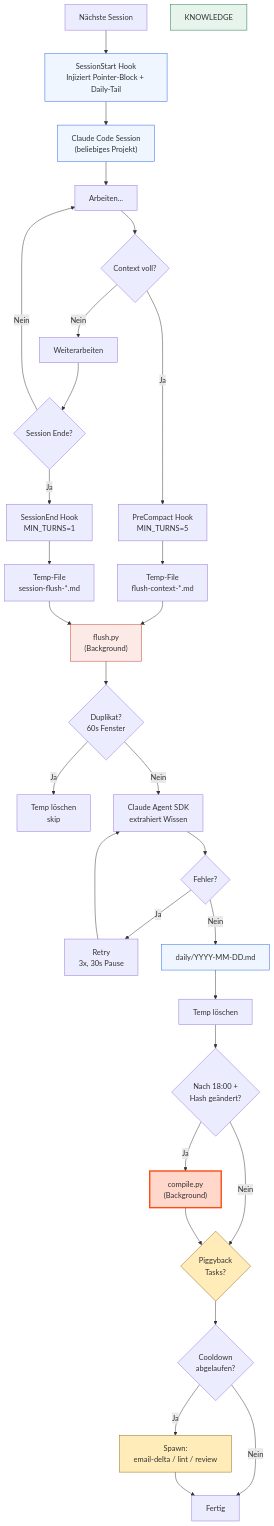
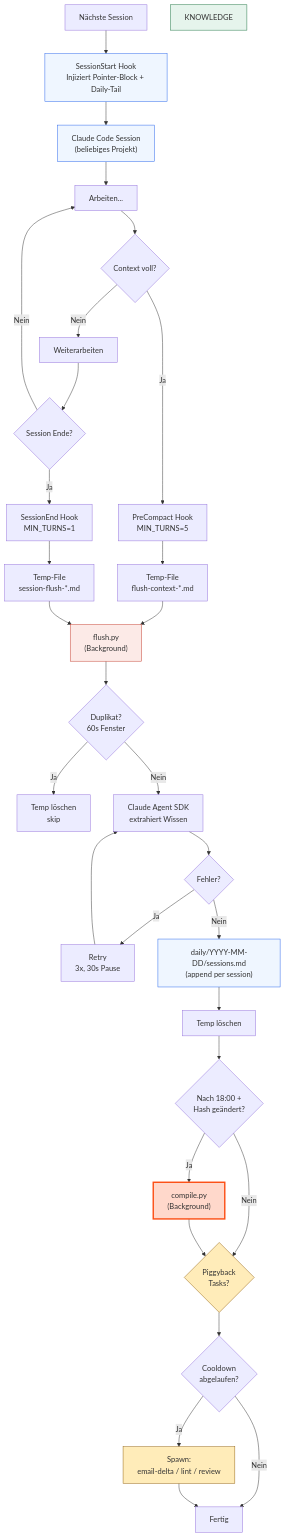
Before and after one commit to lx-0/llm-wiki: the second of 10 diagrams in docs/PROCESS.md, drawn with Mermaid. The commit also changed other lines of this file and 14 other files, not shown here.

First line of the commit message:
docs: full surface sweep for daily/-as-rollup architecture

````diff
--- a/docs/PROCESS.md
+++ b/docs/PROCESS.md
@@ -135,47 +135,47 @@
 ```mermaid
 flowchart TD
     SESSION["Claude Code Session\n(beliebiges Projekt)"]
     SESSION --> WORK["Arbeiten..."]
     WORK --> COMPACT{"Context voll?"}
     COMPACT -->|Ja| PRE["PreCompact Hook\nMIN_TURNS=5"]
     COMPACT -->|Nein| CONTINUE["Weiterarbeiten"]
     CONTINUE --> END{"Session Ende?"}
     END -->|Nein| WORK
     END -->|Ja| HOOK["SessionEnd Hook\nMIN_TURNS=1"]
 
     PRE --> TEMP["Temp-File\nflush-context-*.md"]
     HOOK --> TEMP2["Temp-File\nsession-flush-*.md"]
 
     TEMP --> FLUSH["flush.py\n(Background)"]
     TEMP2 --> FLUSH
 
     FLUSH --> DEDUP{"Duplikat?\n60s Fenster"}
     DEDUP -->|Ja| DEL1["Temp löschen\nskip"]
     DEDUP -->|Nein| EXTRACT["Claude Agent SDK\nextrahiert Wissen"]
     EXTRACT --> FAIL{"Fehler?"}
     FAIL -->|Ja| RETRY["Retry\n3x, 30s Pause"]
     RETRY --> EXTRACT
-    FAIL -->|Nein| DAILY["daily/YYYY-MM-DD.md"]
+    FAIL -->|Nein| DAILY["daily/YYYY-MM-DD/sessions.md\n(append per session)"]
     DAILY --> DELTEMP["Temp löschen"]
     DELTEMP --> CLOCK{"Nach 18:00 +\nHash geändert?"}
     CLOCK -->|Ja| COMPILE["compile.py\n(Background)"]
     CLOCK -->|Nein| PIGGY
 
     COMPILE --> PIGGY{"Piggyback\nTasks?"}
     PIGGY --> PB_CHECK{"Cooldown\nabgelaufen?"}
     PB_CHECK -->|Ja| PB_SPAWN["Spawn:\nemail-delta / lint / review"]
     PB_CHECK -->|Nein| DONE["Fertig"]
     PB_SPAWN --> DONE
 
     NEXT["Nächste Session"] --> INJECT["SessionStart Hook\nInjiziert Pointer-Block + Daily-Tail"]
     INJECT --> SESSION
 
     style SESSION fill:#EFF6FF,stroke:#2563EB
     style FLUSH fill:#FCEAE7,stroke:#C43D2E
     style DAILY fill:#EFF6FF,stroke:#2563EB
     style COMPILE fill:#FFD8CB,stroke:#FC4E14,stroke-width:3px
     style KNOWLEDGE fill:#E6F4EC,stroke:#1B7340
     style INJECT fill:#EFF6FF,stroke:#2563EB
     style PIGGY fill:#FFECB9,stroke:#92610F
     style PB_SPAWN fill:#FFECB9,stroke:#92610F
 ```
````
